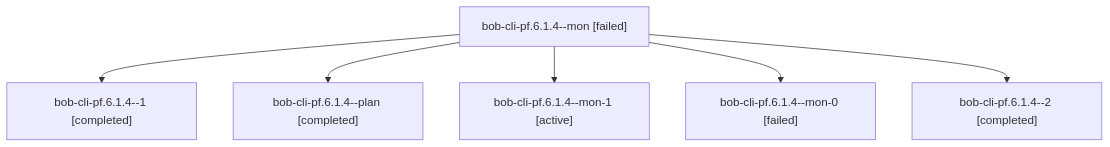
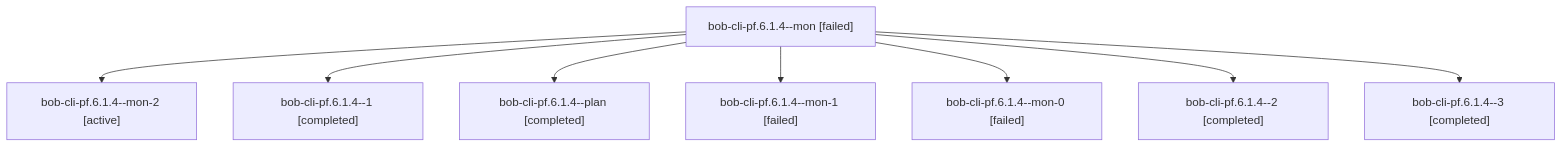
One commit to bobs-org/bob-cli--agents changed the diagram in sessions/bbugyi200.apollo.bob-cli-pf.6.1.4.md. Above: the diagram before and after it, drawn with Mermaid. The commit also changed other lines of this file and 165 other files, not shown here.

````diff
--- a/sessions/bbugyi200.apollo.bob-cli-pf.6.1.4.md
+++ b/sessions/bbugyi200.apollo.bob-cli-pf.6.1.4.md
@@ -9,14 +9,18 @@
 ```mermaid
 flowchart TD
   n0["bob-cli-pf.6.1.4--mon [failed]"]
-  n1["bob-cli-pf.6.1.4--1 [completed]"]
+  n1["bob-cli-pf.6.1.4--mon-2 [active]"]
   n0 --> n1
-  n2["bob-cli-pf.6.1.4--plan [completed]"]
+  n2["bob-cli-pf.6.1.4--1 [completed]"]
   n0 --> n2
-  n3["bob-cli-pf.6.1.4--mon-1 [active]"]
+  n3["bob-cli-pf.6.1.4--plan [completed]"]
   n0 --> n3
-  n4["bob-cli-pf.6.1.4--mon-0 [failed]"]
+  n4["bob-cli-pf.6.1.4--mon-1 [failed]"]
   n0 --> n4
-  n5["bob-cli-pf.6.1.4--2 [completed]"]
+  n5["bob-cli-pf.6.1.4--mon-0 [failed]"]
   n0 --> n5
+  n6["bob-cli-pf.6.1.4--2 [completed]"]
+  n0 --> n6
+  n7["bob-cli-pf.6.1.4--3 [completed]"]
+  n0 --> n7
 ```
````
